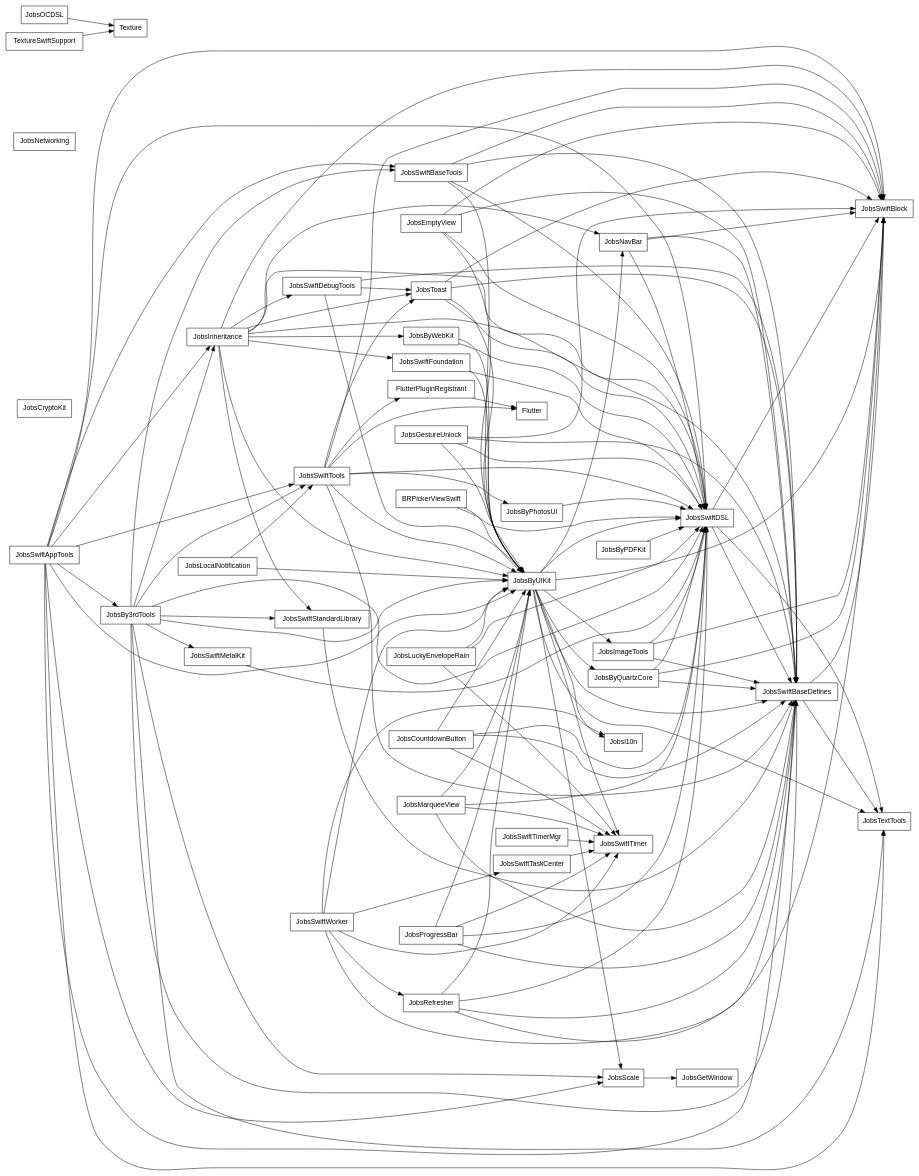
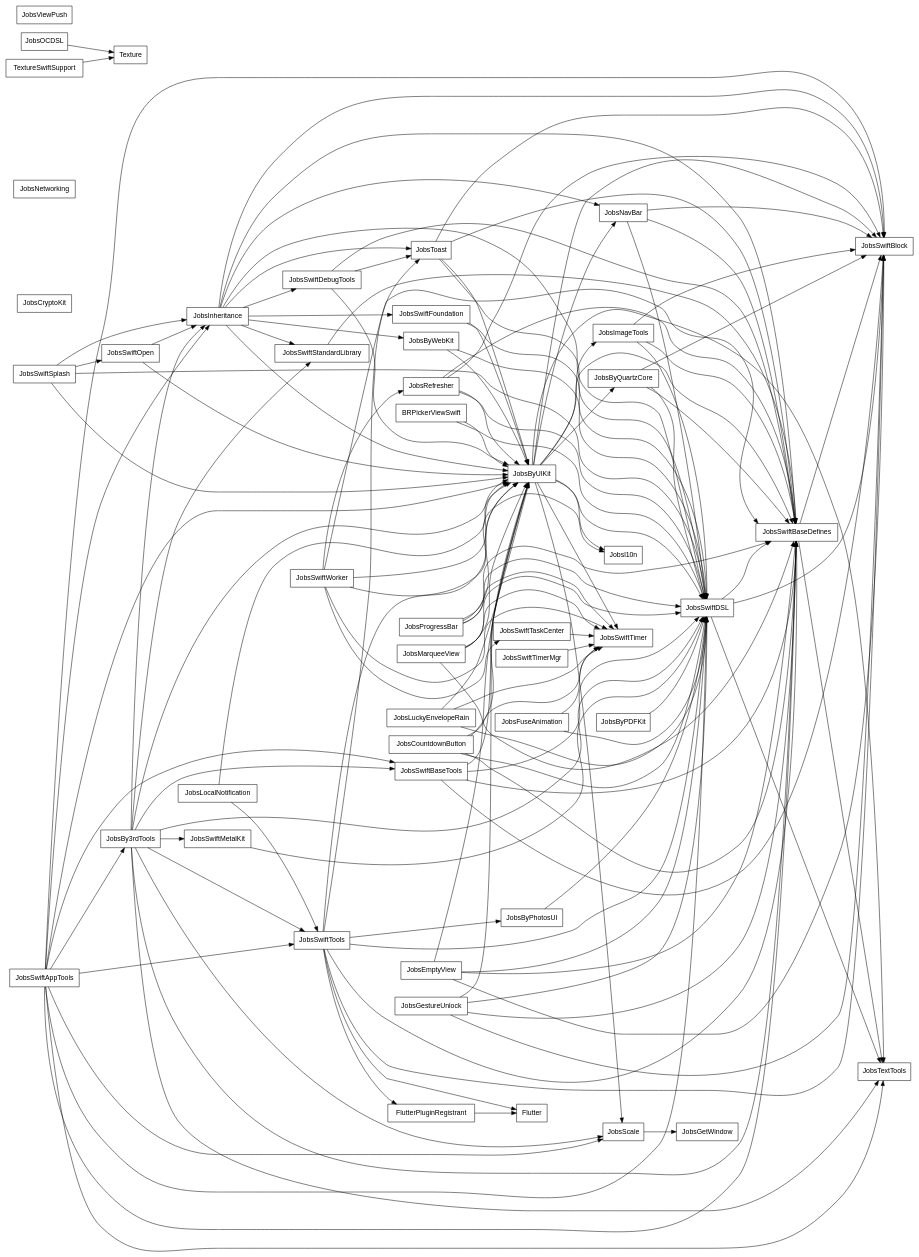
The diagram in PodspecDependencyReport/PodspecDependencies_internal.dot (JobsKits/JobsSwiftBaseConfigDemo), drawn with Graphviz before and after one commit. The commit also changed 2959 other files, not shown here.

```diff
--- a/PodspecDependencyReport/PodspecDependencies_internal.dot
+++ b/PodspecDependencyReport/PodspecDependencies_internal.dot
@@ -1,172 +1,184 @@
 digraph PodspecDependencies {
   rankdir=LR;
   node [shape=box, fontname="Helvetica"];
   "BRPickerViewSwift";
   "Flutter";
   "FlutterPluginRegistrant";
   "JobsBy3rdTools";
   "JobsByPDFKit";
   "JobsByPhotosUI";
   "JobsByQuartzCore";
   "JobsByUIKit";
   "JobsByWebKit";
   "JobsCountdownButton";
   "JobsCryptoKit";
   "JobsEmptyView";
+  "JobsFuseAnimation";
   "JobsGestureUnlock";
   "JobsGetWindow";
   "JobsImageTools";
   "JobsInheritance";
   "JobsLocalNotification";
   "JobsLuckyEnvelopeRain";
   "JobsMarqueeView";
   "JobsNavBar";
   "JobsNetworking";
   "JobsOCDSL";
   "JobsProgressBar";
   "JobsRefresher";
   "JobsScale";
   "JobsSwiftAppTools";
   "JobsSwiftBaseDefines";
   "JobsSwiftBaseTools";
   "JobsSwiftBlock";
   "JobsSwiftDSL";
   "JobsSwiftDebugTools";
   "JobsSwiftFoundation";
   "JobsSwiftMetalKit";
+  "JobsSwiftOpen";
+  "JobsSwiftSplash";
   "JobsSwiftStandardLibrary";
   "JobsSwiftTaskCenter";
   "JobsSwiftTimer";
   "JobsSwiftTimerMgr";
   "JobsSwiftTools";
   "JobsSwiftWorker";
   "JobsTextTools";
   "JobsToast";
+  "JobsViewPush";
   "Jobsl10n";
   "Texture";
   "TextureSwiftSupport";
   "BRPickerViewSwift" -> "JobsByUIKit";
   "BRPickerViewSwift" -> "JobsSwiftDSL";
   "FlutterPluginRegistrant" -> "Flutter";
   "JobsBy3rdTools" -> "JobsByUIKit";
   "JobsBy3rdTools" -> "JobsInheritance";
   "JobsBy3rdTools" -> "JobsScale";
   "JobsBy3rdTools" -> "JobsSwiftBaseDefines";
   "JobsBy3rdTools" -> "JobsSwiftBaseTools";
   "JobsBy3rdTools" -> "JobsSwiftDSL";
   "JobsBy3rdTools" -> "JobsSwiftMetalKit";
   "JobsBy3rdTools" -> "JobsSwiftStandardLibrary";
   "JobsBy3rdTools" -> "JobsSwiftTools";
   "JobsBy3rdTools" -> "JobsTextTools";
   "JobsByPDFKit" -> "JobsSwiftDSL";
   "JobsByPhotosUI" -> "JobsSwiftDSL";
   "JobsByQuartzCore" -> "JobsSwiftBaseDefines";
   "JobsByQuartzCore" -> "JobsSwiftBlock";
   "JobsByQuartzCore" -> "JobsSwiftDSL";
   "JobsByUIKit" -> "JobsByQuartzCore";
   "JobsByUIKit" -> "JobsImageTools";
   "JobsByUIKit" -> "JobsNavBar";
   "JobsByUIKit" -> "JobsScale";
   "JobsByUIKit" -> "JobsSwiftBaseDefines";
   "JobsByUIKit" -> "JobsSwiftBlock";
   "JobsByUIKit" -> "JobsSwiftDSL";
   "JobsByUIKit" -> "JobsSwiftTimer";
   "JobsByUIKit" -> "JobsTextTools";
   "JobsByUIKit" -> "Jobsl10n";
   "JobsByWebKit" -> "JobsByUIKit";
   "JobsByWebKit" -> "JobsSwiftDSL";
   "JobsCountdownButton" -> "JobsByUIKit";
   "JobsCountdownButton" -> "JobsSwiftBaseDefines";
   "JobsCountdownButton" -> "JobsSwiftDSL";
   "JobsCountdownButton" -> "JobsSwiftTimer";
   "JobsEmptyView" -> "JobsByUIKit";
   "JobsEmptyView" -> "JobsSwiftBaseDefines";
   "JobsEmptyView" -> "JobsSwiftBlock";
   "JobsEmptyView" -> "JobsSwiftDSL";
+  "JobsFuseAnimation" -> "JobsSwiftDSL";
+  "JobsFuseAnimation" -> "JobsSwiftTimer";
   "JobsGestureUnlock" -> "JobsByUIKit";
   "JobsGestureUnlock" -> "JobsSwiftBaseDefines";
   "JobsGestureUnlock" -> "JobsSwiftBlock";
   "JobsGestureUnlock" -> "JobsSwiftDSL";
   "JobsImageTools" -> "JobsSwiftBaseDefines";
   "JobsImageTools" -> "JobsSwiftBlock";
   "JobsImageTools" -> "JobsSwiftDSL";
   "JobsInheritance" -> "JobsByUIKit";
   "JobsInheritance" -> "JobsByWebKit";
   "JobsInheritance" -> "JobsNavBar";
   "JobsInheritance" -> "JobsSwiftBaseDefines";
   "JobsInheritance" -> "JobsSwiftBlock";
   "JobsInheritance" -> "JobsSwiftDSL";
   "JobsInheritance" -> "JobsSwiftDebugTools";
   "JobsInheritance" -> "JobsSwiftFoundation";
   "JobsInheritance" -> "JobsSwiftStandardLibrary";
   "JobsInheritance" -> "JobsToast";
   "JobsLocalNotification" -> "JobsByUIKit";
   "JobsLocalNotification" -> "JobsSwiftTools";
   "JobsLuckyEnvelopeRain" -> "JobsByUIKit";
   "JobsLuckyEnvelopeRain" -> "JobsSwiftDSL";
   "JobsLuckyEnvelopeRain" -> "JobsSwiftTimer";
   "JobsMarqueeView" -> "JobsByUIKit";
   "JobsMarqueeView" -> "JobsSwiftBaseDefines";
   "JobsMarqueeView" -> "JobsSwiftDSL";
   "JobsMarqueeView" -> "JobsSwiftTimer";
   "JobsNavBar" -> "JobsSwiftBaseDefines";
   "JobsNavBar" -> "JobsSwiftBlock";
   "JobsNavBar" -> "JobsSwiftDSL";
   "JobsOCDSL" -> "Texture";
   "JobsProgressBar" -> "JobsByUIKit";
   "JobsProgressBar" -> "JobsSwiftBaseDefines";
   "JobsProgressBar" -> "JobsSwiftDSL";
   "JobsProgressBar" -> "JobsSwiftTimer";
   "JobsRefresher" -> "JobsByUIKit";
   "JobsRefresher" -> "JobsSwiftBaseDefines";
   "JobsRefresher" -> "JobsSwiftBlock";
   "JobsRefresher" -> "JobsSwiftDSL";
   "JobsScale" -> "JobsGetWindow";
   "JobsSwiftAppTools" -> "JobsBy3rdTools";
   "JobsSwiftAppTools" -> "JobsByUIKit";
   "JobsSwiftAppTools" -> "JobsInheritance";
   "JobsSwiftAppTools" -> "JobsScale";
   "JobsSwiftAppTools" -> "JobsSwiftBaseDefines";
   "JobsSwiftAppTools" -> "JobsSwiftBaseTools";
   "JobsSwiftAppTools" -> "JobsSwiftBlock";
   "JobsSwiftAppTools" -> "JobsSwiftDSL";
   "JobsSwiftAppTools" -> "JobsSwiftTools";
   "JobsSwiftAppTools" -> "JobsTextTools";
   "JobsSwiftBaseDefines" -> "JobsSwiftBlock";
   "JobsSwiftBaseDefines" -> "JobsTextTools";
   "JobsSwiftBaseTools" -> "JobsByUIKit";
   "JobsSwiftBaseTools" -> "JobsSwiftBaseDefines";
   "JobsSwiftBaseTools" -> "JobsSwiftBlock";
   "JobsSwiftBaseTools" -> "JobsSwiftDSL";
   "JobsSwiftDSL" -> "JobsSwiftBaseDefines";
   "JobsSwiftDSL" -> "JobsSwiftBlock";
   "JobsSwiftDSL" -> "JobsTextTools";
   "JobsSwiftDebugTools" -> "JobsByUIKit";
   "JobsSwiftDebugTools" -> "JobsSwiftBaseDefines";
   "JobsSwiftDebugTools" -> "JobsToast";
   "JobsSwiftFoundation" -> "JobsByUIKit";
   "JobsSwiftFoundation" -> "JobsSwiftDSL";
   "JobsSwiftMetalKit" -> "JobsSwiftDSL";
+  "JobsSwiftOpen" -> "JobsByUIKit";
+  "JobsSwiftOpen" -> "JobsInheritance";
+  "JobsSwiftSplash" -> "JobsByUIKit";
+  "JobsSwiftSplash" -> "JobsInheritance";
+  "JobsSwiftSplash" -> "JobsSwiftDSL";
+  "JobsSwiftSplash" -> "JobsSwiftOpen";
   "JobsSwiftStandardLibrary" -> "JobsSwiftBaseDefines";
   "JobsSwiftTaskCenter" -> "JobsSwiftTimer";
   "JobsSwiftTimerMgr" -> "JobsSwiftTimer";
   "JobsSwiftTools" -> "Flutter";
   "JobsSwiftTools" -> "FlutterPluginRegistrant";
   "JobsSwiftTools" -> "JobsByPhotosUI";
   "JobsSwiftTools" -> "JobsByUIKit";
   "JobsSwiftTools" -> "JobsSwiftBaseDefines";
   "JobsSwiftTools" -> "JobsSwiftBlock";
   "JobsSwiftTools" -> "JobsSwiftDSL";
   "JobsSwiftTools" -> "JobsToast";
   "JobsSwiftWorker" -> "JobsByUIKit";
   "JobsSwiftWorker" -> "JobsRefresher";
   "JobsSwiftWorker" -> "JobsSwiftBaseDefines";
   "JobsSwiftWorker" -> "JobsSwiftTaskCenter";
   "JobsSwiftWorker" -> "JobsSwiftTimer";
   "JobsSwiftWorker" -> "Jobsl10n";
   "JobsToast" -> "JobsByUIKit";
   "JobsToast" -> "JobsSwiftBaseDefines";
   "JobsToast" -> "JobsSwiftBlock";
   "JobsToast" -> "JobsSwiftDSL";
   "TextureSwiftSupport" -> "Texture";
 }
```
